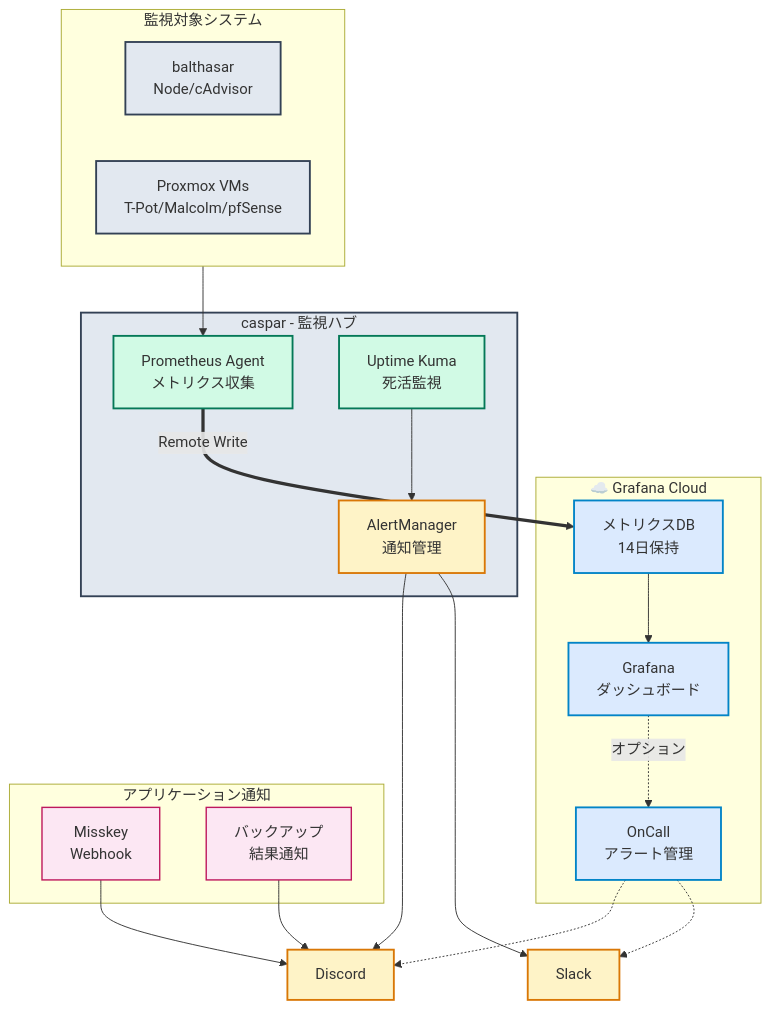
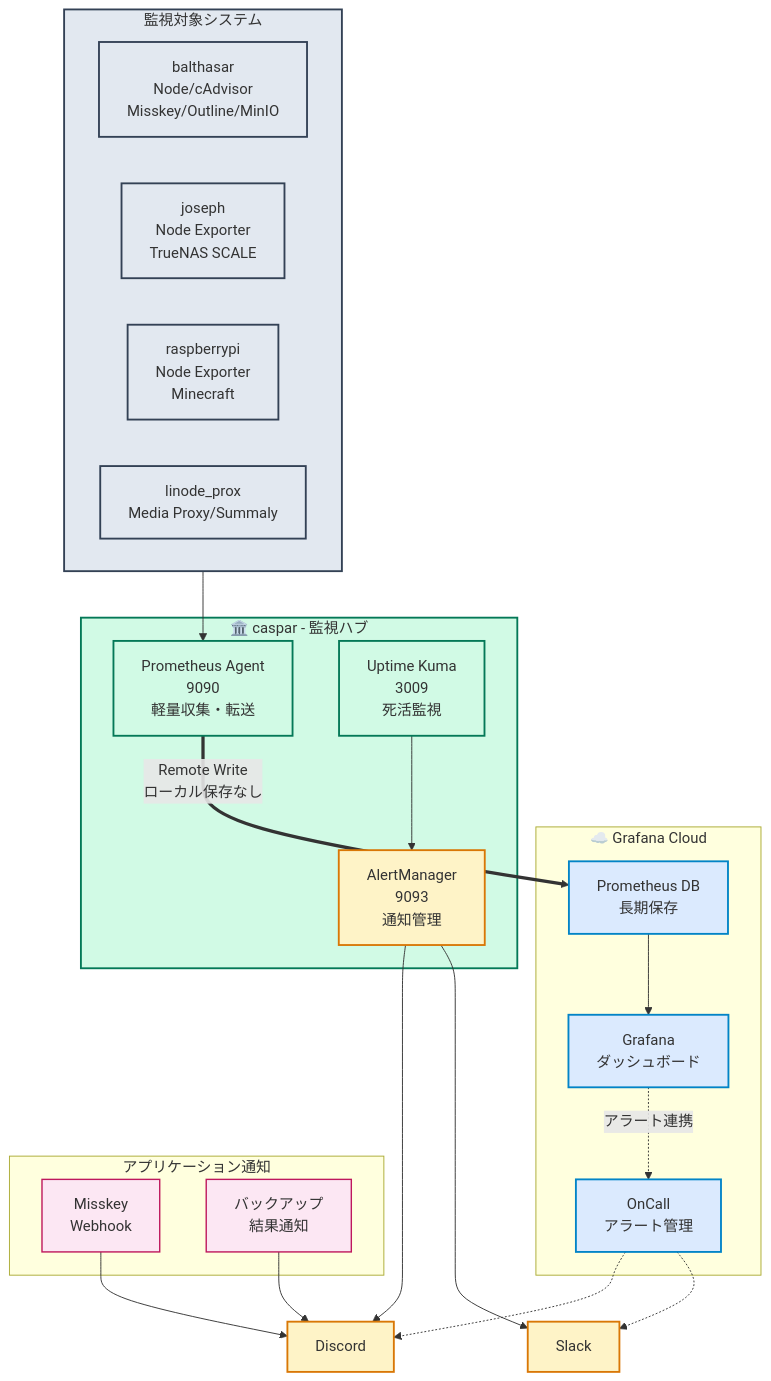
One commit to yamisskey-dev/hosted-list changed the fourth of 6 diagrams in README.md. Above: the diagram before and after it, drawn with Mermaid.

````diff
--- a/README.md
+++ b/README.md
@@ -263,60 +263,63 @@
 ```mermaid
 graph TB
     %% Style definitions
     classDef monitoring fill:#d1fae5,stroke:#047857,stroke-width:2px
     classDef homeServer fill:#e2e8f0,stroke:#334155,stroke-width:2px
     classDef cloud fill:#dbeafe,stroke:#0284c7,stroke-width:2px
     classDef alert fill:#fef3c7,stroke:#d97706,stroke-width:2px
     classDef app fill:#fce7f3,stroke:#be185d,stroke-width:1.5px
 
     %% Grafana Cloud
     subgraph grafana_cloud["☁️ Grafana Cloud"]
         grafana["Grafana<br/>ダッシュボード"]:::cloud
-        storage["メトリクスDB<br/>14日保持"]:::cloud
+        storage["Prometheus DB<br/>長期保存"]:::cloud
         oncall["OnCall<br/>アラート管理"]:::cloud
     end
 
-    %% Monitoring Hub
-    subgraph caspar["caspar - 監視ハブ"]
-        prometheus["Prometheus Agent<br/>メトリクス収集"]:::monitoring
-        uptime["Uptime Kuma<br/>死活監視"]:::monitoring
-        alertmgr["AlertManager<br/>通知管理"]:::alert
+    %% Monitoring Hub (caspar)
+    subgraph caspar["🏛️ caspar - 監視ハブ"]
+        prometheus_agent["Prometheus Agent<br/>9090<br/>軽量収集・転送"]:::monitoring
+        uptime["Uptime Kuma<br/>3009<br/>死活監視"]:::monitoring
+        alertmgr["AlertManager<br/>9093<br/>通知管理"]:::alert
     end
 
-    %% Monitored Systems
+    %% All Monitored Systems (consolidated)
     subgraph systems["監視対象システム"]
-        balthasar["balthasar<br/>Node/cAdvisor"]:::homeServer
-        proxmox["Proxmox VMs<br/>T-Pot/Malcolm/pfSense"]:::homeServer
+        balthasar_node["balthasar<br/>Node/cAdvisor<br/>Misskey/Outline/MinIO"]:::homeServer
+        joseph_node["joseph<br/>Node Exporter<br/>TrueNAS SCALE"]:::homeServer
+        raspberry_node["raspberrypi<br/>Node Exporter<br/>Minecraft"]:::homeServer
+        linode_node["linode_prox<br/>Media Proxy/Summaly"]:::homeServer
     end
 
     %% Application Notifications
     subgraph app_notify["アプリケーション通知"]
-        misskey["Misskey<br/>Webhook"]:::app
-        backup["バックアップ<br/>結果通知"]:::app
+        misskey_webhook["Misskey<br/>Webhook"]:::app
+        backup_notify["バックアップ<br/>結果通知"]:::app
     end
 
     %% External Notifications
+    discord["Discord"]:::alert
     slack["Slack"]:::alert
-    discord["Discord"]:::alert
 
-    %% Monitoring Flow
-    systems --> prometheus
-    prometheus ==>|Remote Write| storage
+    %% Monitoring Flow (Agent mode)
+    systems --> prometheus_agent
+    prometheus_agent ==>|Remote Write<br/>ローカル保存なし| storage
     storage --> grafana
     
     %% Alert Flow
     uptime --> alertmgr
-    grafana -.->|オプション| oncall
+    grafana -.->|アラート連携| oncall
     
+    alertmgr --> discord
     alertmgr --> slack
-    alertmgr --> discord
+    oncall -.-> discord
     oncall -.-> slack
-    oncall -.-> discord
 
-    %% App Notifications
-    misskey --> discord
-    backup --> discord
+    %% Direct App Notifications
+    misskey_webhook --> discord
+    backup_notify --> discord
 
     %% Apply styles
-    class caspar homeServer
+    class caspar monitoring
+    class systems homeServer
 ```
````
